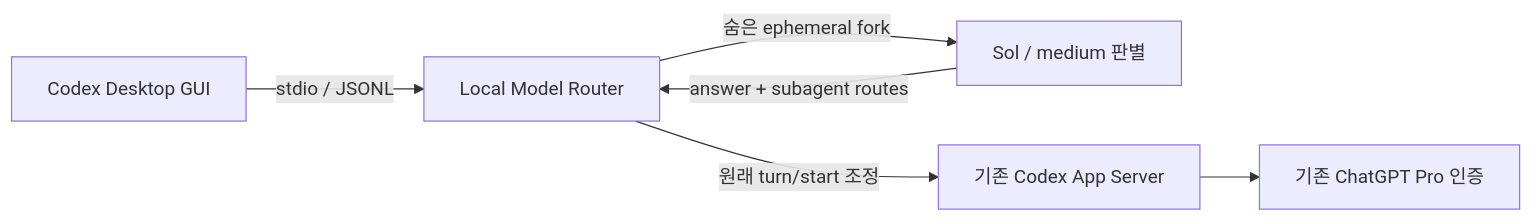
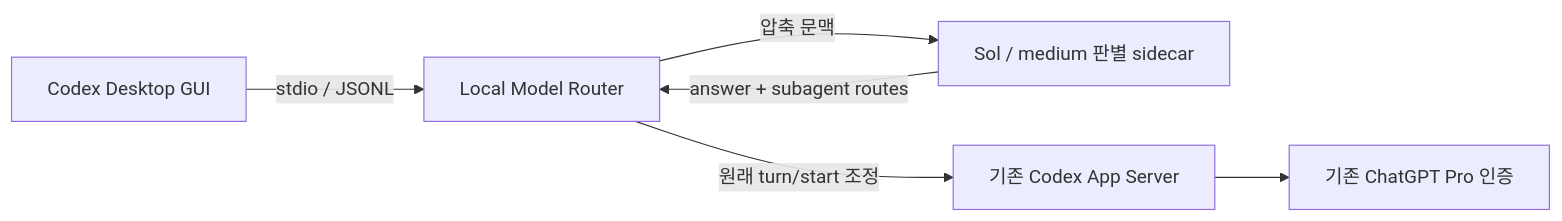
One commit to dsaka2wip-cpu/Codex-Model-Router changed the diagram in README.md. Above: the diagram before and after it, drawn with Mermaid. The commit also changed other lines of this file and 4 other files, not shown here.

````diff
--- a/README.md
+++ b/README.md
@@ -57,8 +57,8 @@
 ```mermaid
 flowchart LR
     A[Codex Desktop GUI] -->|stdio / JSONL| B[Local Model Router]
-    B -->|숨은 ephemeral fork| E[Sol / medium 판별]
+    B -->|압축 문맥| E[Sol / medium 판별 sidecar]
     E -->|answer + subagent routes| B
     B -->|원래 turn/start 조정| C[기존 Codex App Server]
     C --> D[기존 ChatGPT Pro 인증]
 ```
````
